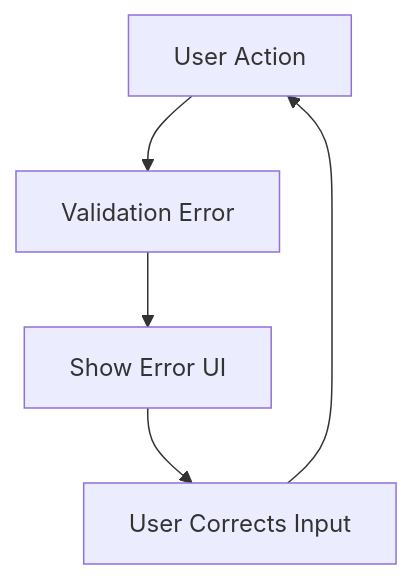
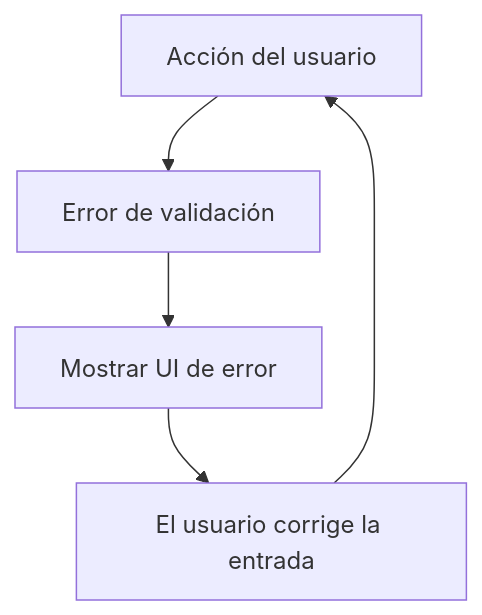
One commit to gonzoblasco/kanam-skills changed the second of 2 diagrams in skills/spec-driven-development/SKILL.md. Above: the diagram before and after it, drawn with Mermaid. The commit also changed other lines of this file and 122 other files, not shown here.

````diff
--- a/skills/spec-driven-development/SKILL.md
+++ b/skills/spec-driven-development/SKILL.md
@@ -169,7 +169,7 @@
 ```mermaid
 graph TD
-  A[User Action] --> B[Validation Error]
-  B --> C[Show Error UI]
-  C --> D[User Corrects Input]
+  A[Acción del usuario] --> B[Error de validación]
+  B --> C[Mostrar UI de error]
+  C --> D[El usuario corrige la entrada]
   D --> A
 ```
````
